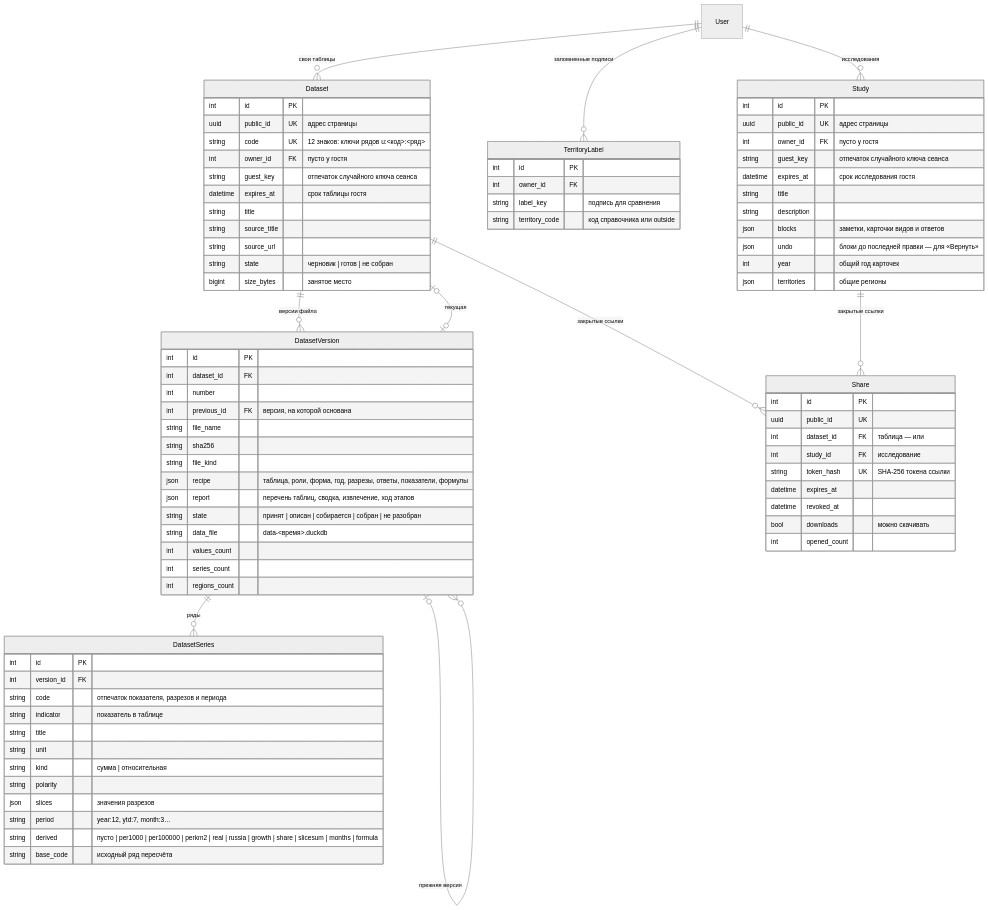
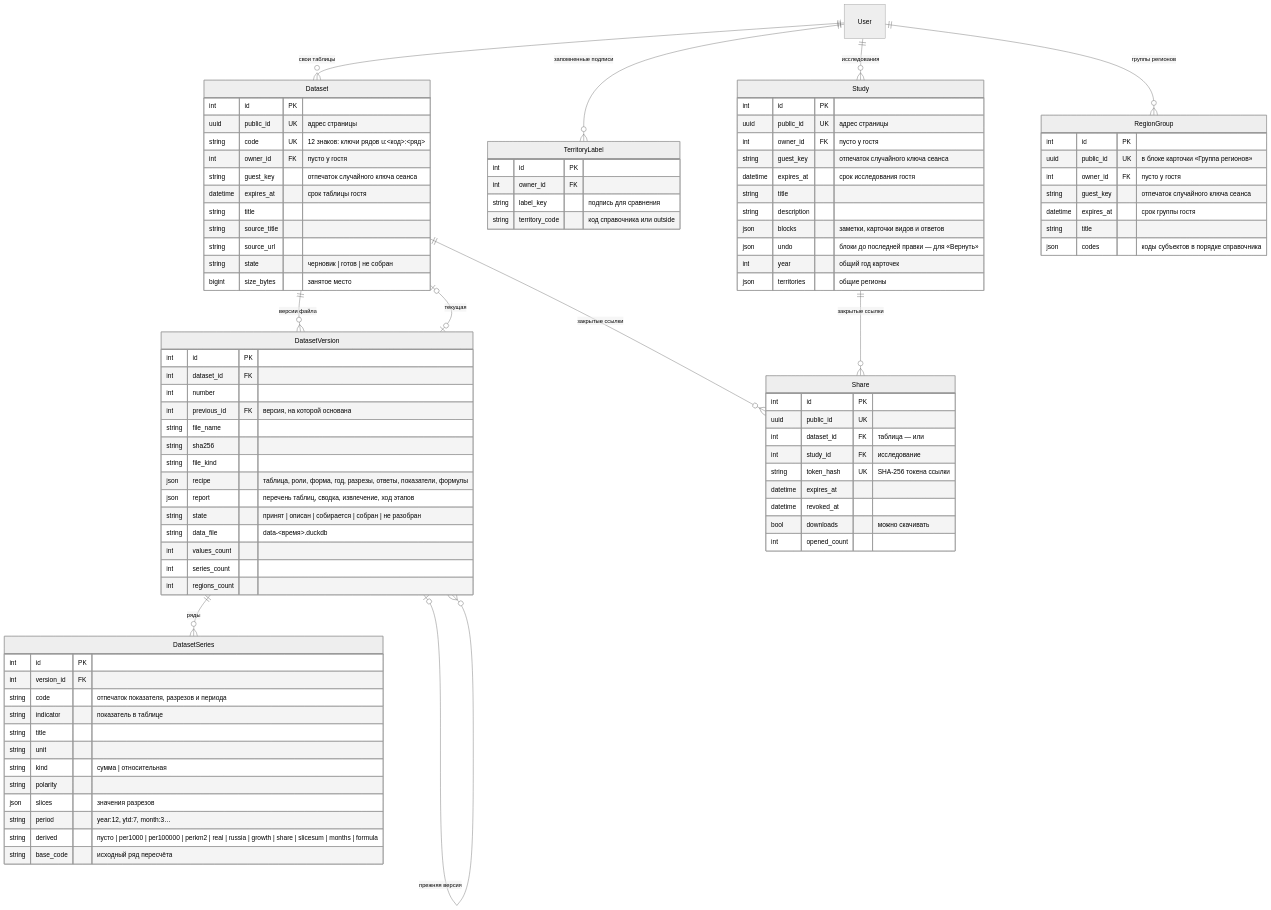
The third of 4 diagrams in docs/DATA_MODEL.md (ht2473/RegionLens_v2), drawn with Mermaid (neutral theme) before and after one commit. The commit also changed other lines of this file and 4 other files, not shown here.

```diff
--- a/docs/DATA_MODEL.md
+++ b/docs/DATA_MODEL.md
@@ -194,6 +194,7 @@
     DatasetVersion |o--o{ DatasetVersion : "прежняя версия"
     User ||--o{ TerritoryLabel : "запомненные подписи"
     User ||--o{ Study : "исследования"
+    User ||--o{ RegionGroup : "группы регионов"
     Dataset ||--o{ Share : "закрытые ссылки"
     Study ||--o{ Share : "закрытые ссылки"
 
@@ -259,6 +260,15 @@
         int year "общий год карточек"
         json territories "общие регионы"
     }
+    RegionGroup {
+        int id PK
+        uuid public_id UK "в блоке карточки «Группа регионов»"
+        int owner_id FK "пусто у гостя"
+        string guest_key "отпечаток случайного ключа сеанса"
+        datetime expires_at "срок группы гостя"
+        string title
+        json codes "коды субъектов в порядке справочника"
+    }
     Share {
         int id PK
         uuid public_id UK
```
